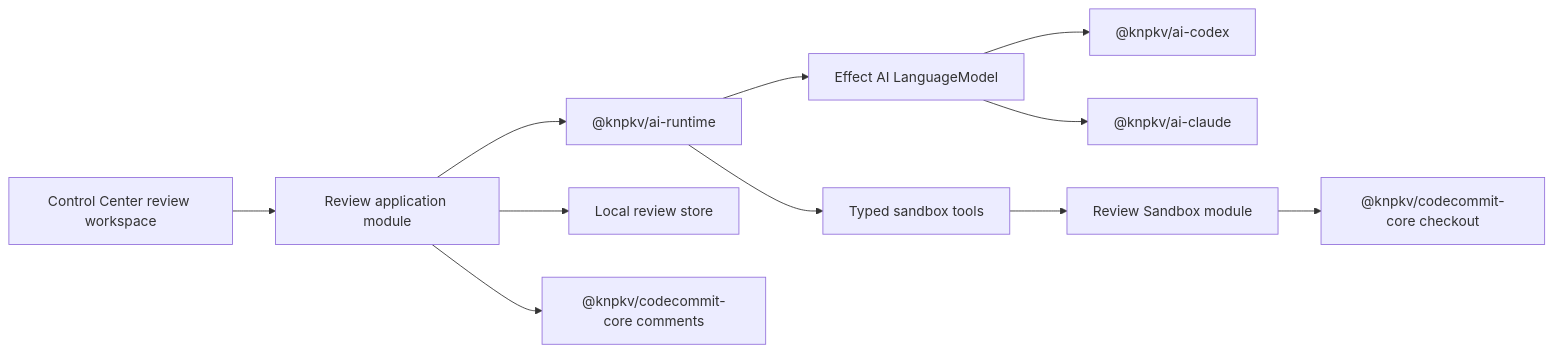
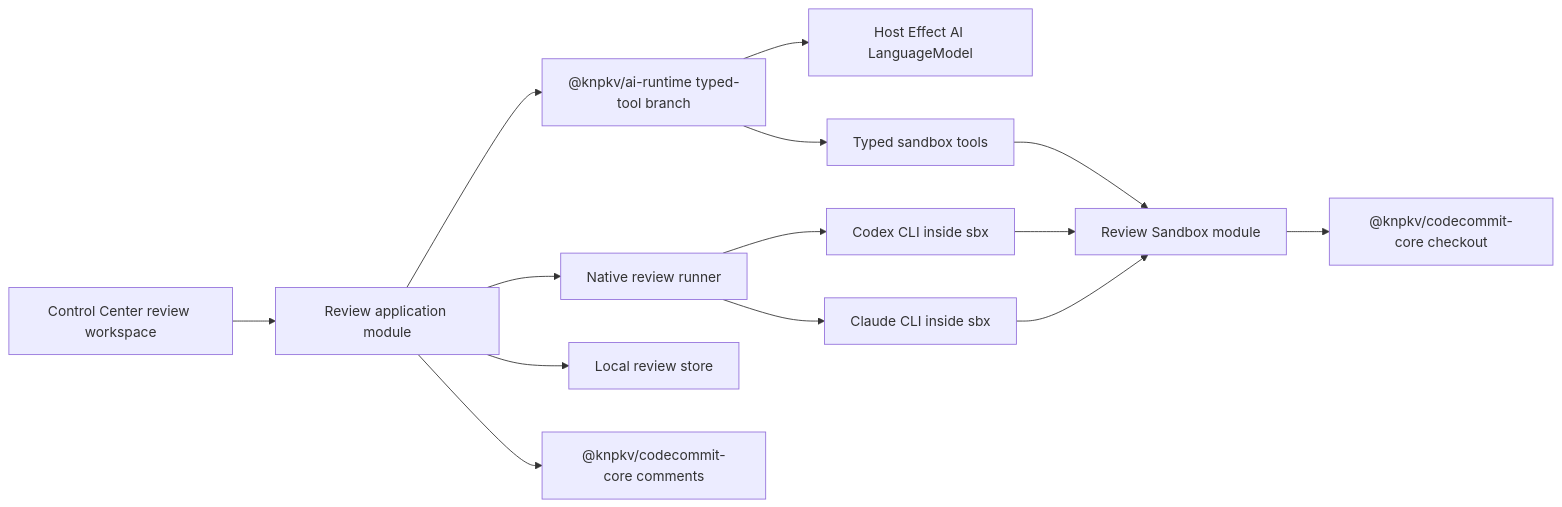
The diagram in packages/control-center/docs/agentic-pr-review.md (knpkv/npm), drawn with Mermaid before and after one commit. The commit also changed other lines of this file and 3 other files, not shown here.

````diff
--- a/packages/control-center/docs/agentic-pr-review.md
+++ b/packages/control-center/docs/agentic-pr-review.md
@@ -200,13 +200,16 @@
 ```mermaid
 flowchart LR
   UI[Control Center review workspace] --> Review[Review application module]
-  Review --> Agent["@knpkv/ai-runtime"]
-  Agent --> Model[Effect AI LanguageModel]
-  Model --> Codex["@knpkv/ai-codex"]
-  Model --> Claude["@knpkv/ai-claude"]
+  Review --> Agent["@knpkv/ai-runtime typed-tool branch"]
+  Agent --> Model[Host Effect AI LanguageModel]
   Agent --> Tools[Typed sandbox tools]
   Tools --> Sandbox[Review Sandbox module]
+  Review --> Native[Native review runner]
+  Native --> Codex[Codex CLI inside sbx]
+  Native --> Claude[Claude CLI inside sbx]
+  Codex --> Sandbox
+  Claude --> Sandbox
   Sandbox --> Checkout["@knpkv/codecommit-core checkout"]
   Review --> Store[Local review store]
   Review --> Comments["@knpkv/codecommit-core comments"]
 ```
````
